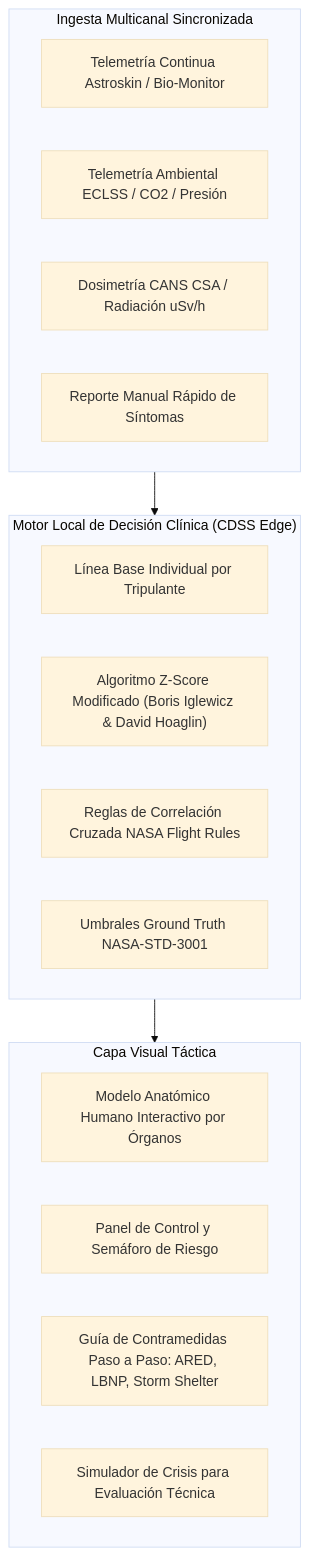
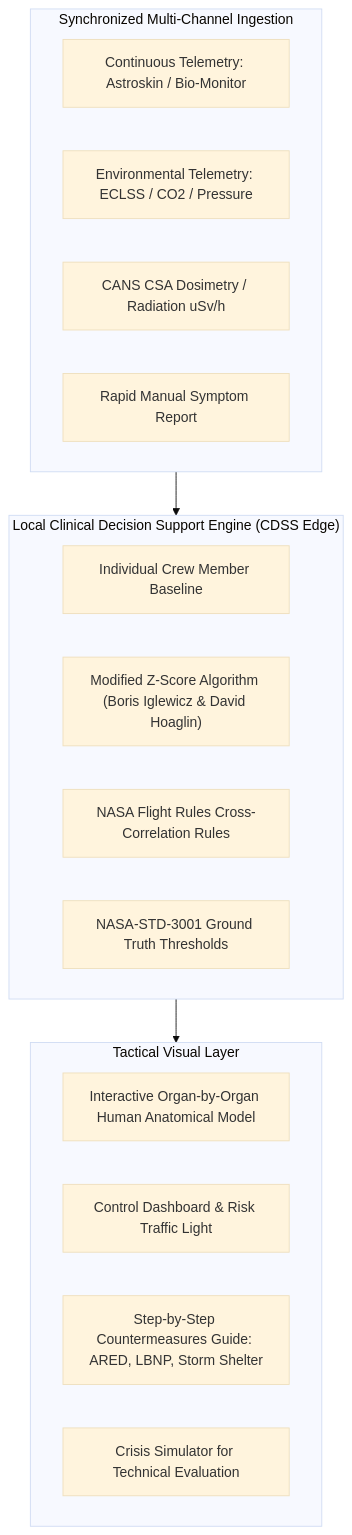
Before and after one commit to angelcontres/ASTHA-SpaceApps: the diagram in README.md, drawn with Mermaid (base theme). The commit also changed other lines of this file and 46 other files, not shown here.

````diff
--- a/README.md
+++ b/README.md
@@ -53,26 +53,26 @@
 ```mermaid
 flowchart TD
-    subgraph InputLayer["Ingesta Multicanal Sincronizada"]
-        A[Telemetría Continua Astroskin / Bio-Monitor]
-        B[Telemetría Ambiental ECLSS / CO2 / Presión]
-        C[Dosimetría CANS CSA / Radiación uSv/h]
-        D[Reporte Manual Rápido de Síntomas]
+    subgraph InputLayer["Synchronized Multi-Channel Ingestion"]
+        A["Continuous Telemetry: Astroskin / Bio-Monitor"]
+        B["Environmental Telemetry: ECLSS / CO2 / Pressure"]
+        C["CANS CSA Dosimetry / Radiation uSv/h"]
+        D["Rapid Manual Symptom Report"]
     end
 
-    subgraph CoreEngine["Motor Local de Decisión Clínica (CDSS Edge)"]
-        E[Línea Base Individual por Tripulante]
-        F["Algoritmo Z-Score Modificado (Boris Iglewicz & David Hoaglin)"]
-        G[Reglas de Correlación Cruzada NASA Flight Rules]
-        H[Umbrales Ground Truth NASA-STD-3001]
+    subgraph CoreEngine["Local Clinical Decision Support Engine (CDSS Edge)"]
+        E["Individual Crew Member Baseline"]
+        F["Modified Z-Score Algorithm (Boris Iglewicz & David Hoaglin)"]
+        G["NASA Flight Rules Cross-Correlation Rules"]
+        H["NASA-STD-3001 Ground Truth Thresholds"]
     end
 
-    subgraph PresentationLayer["Capa Visual Táctica"]
-        I[Modelo Anatómico Humano Interactivo por Órganos]
-        J[Panel de Control y Semáforo de Riesgo]
-        K[Guía de Contramedidas Paso a Paso: ARED, LBNP, Storm Shelter]
-        L[Simulador de Crisis para Evaluación Técnica]
+    subgraph PresentationLayer["Tactical Visual Layer"]
+        I["Interactive Organ-by-Organ Human Anatomical Model"]
+        J["Control Dashboard & Risk Traffic Light"]
+        K["Step-by-Step Countermeasures Guide: ARED, LBNP, Storm Shelter"]
+        L["Crisis Simulator for Technical Evaluation"]
     end
 
     InputLayer --> CoreEngine
     CoreEngine --> PresentationLayer
 ```
````
